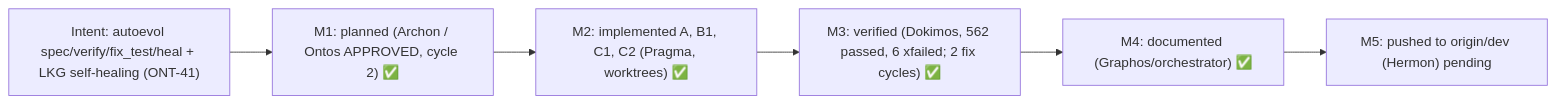
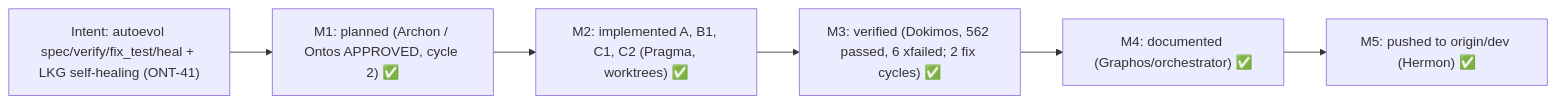
Diagram 17 of 28 in README.md (ancrz/agent-execution-plane), drawn with Mermaid before and after one commit. The commit also changed other lines of this file and 3 other files, not shown here.

````diff
--- a/README.md
+++ b/README.md
@@ -1107,8 +1107,8 @@
 ```mermaid
 flowchart LR
     I["Intent: autoevol spec/verify/fix_test/heal + LKG self-healing (ONT-41)"] --> M1["M1: planned (Archon / Ontos APPROVED, cycle 2) ✅"]
     M1 --> M2["M2: implemented A, B1, C1, C2 (Pragma, worktrees) ✅"]
     M2 --> M3["M3: verified (Dokimos, 562 passed, 6 xfailed; 2 fix cycles) ✅"]
     M3 --> M4["M4: documented (Graphos/orchestrator) ✅"]
-    M4 --> M5["M5: pushed to origin/dev (Hermon) pending"]
+    M4 --> M5["M5: pushed to origin/dev (Hermon) ✅"]
 ```
````
